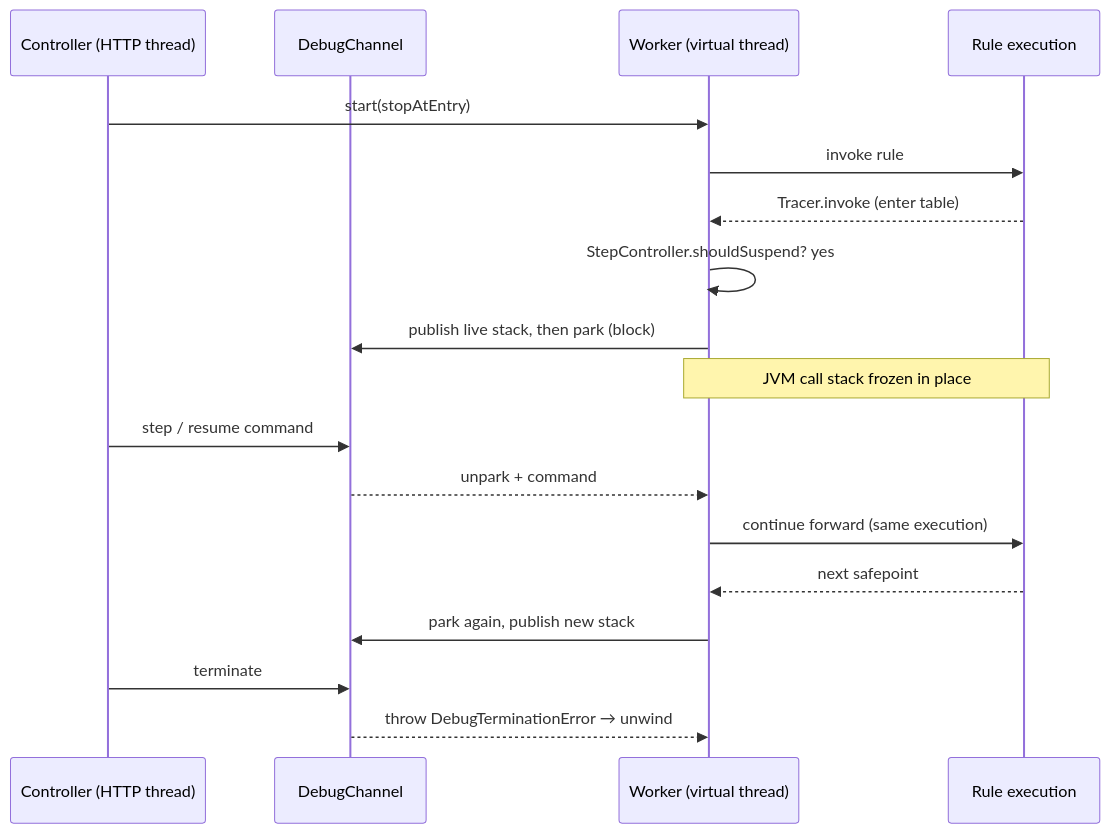
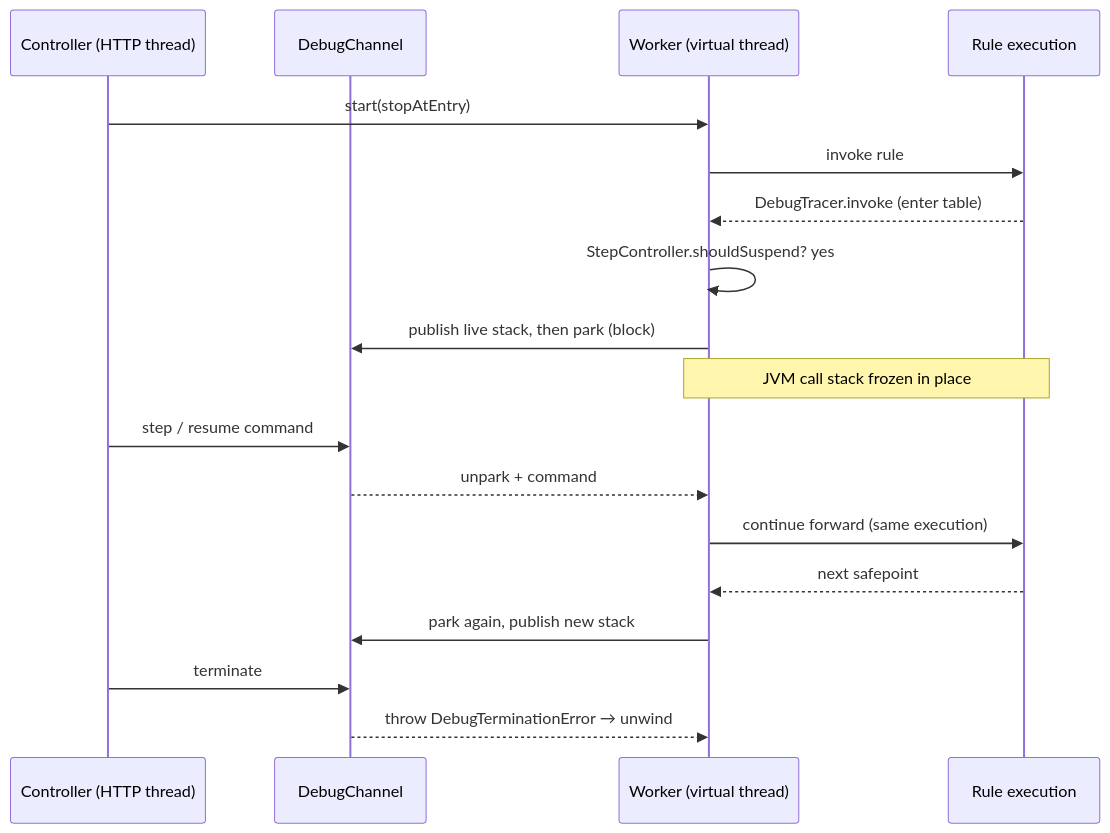
The first of 4 diagrams in Docs/api/projects-trace-architecture.md (openl-tablets/openl-tablets), drawn with Mermaid before and after one commit. The commit also changed other lines of this file and 1 other file, not shown here.

Commit message:
Fix the trace pages: per-run tracer, moved package, missing endpoints

````diff
--- a/Docs/api/projects-trace-architecture.md
+++ b/Docs/api/projects-trace-architecture.md
@@ -72,21 +62,21 @@
 ```mermaid
 sequenceDiagram
     participant C as Controller (HTTP thread)
     participant Ch as DebugChannel
     participant W as Worker (virtual thread)
     participant R as Rule execution
 
     C->>W: start(stopAtEntry)
     W->>R: invoke rule
-    R-->>W: Tracer.invoke (enter table)
+    R-->>W: DebugTracer.invoke (enter table)
     W->>W: StepController.shouldSuspend? yes
     W->>Ch: publish live stack, then park (block)
     Note over W,R: JVM call stack frozen in place
     C->>Ch: step / resume command
     Ch-->>W: unpark + command
     W->>R: continue forward (same execution)
     R-->>W: next safepoint
     W->>Ch: park again, publish new stack
     C->>Ch: terminate
     Ch-->>W: throw DebugTerminationError → unwind
 ```
````
